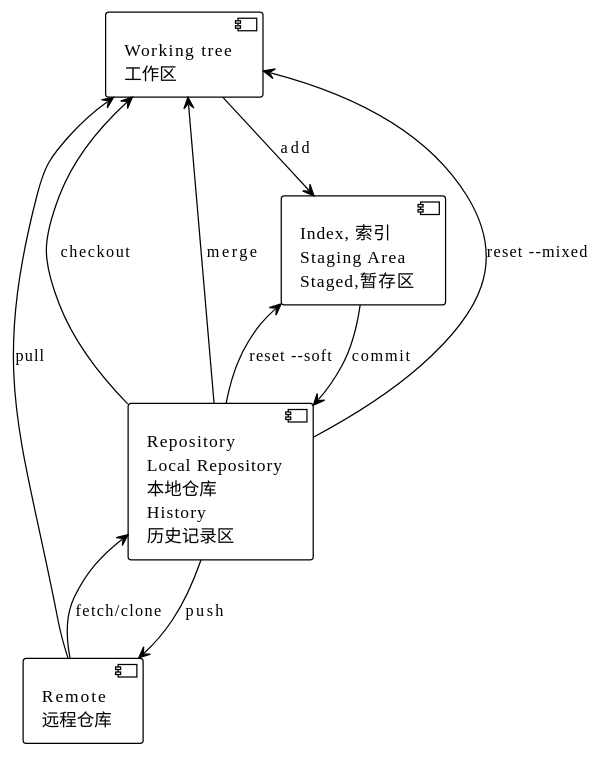
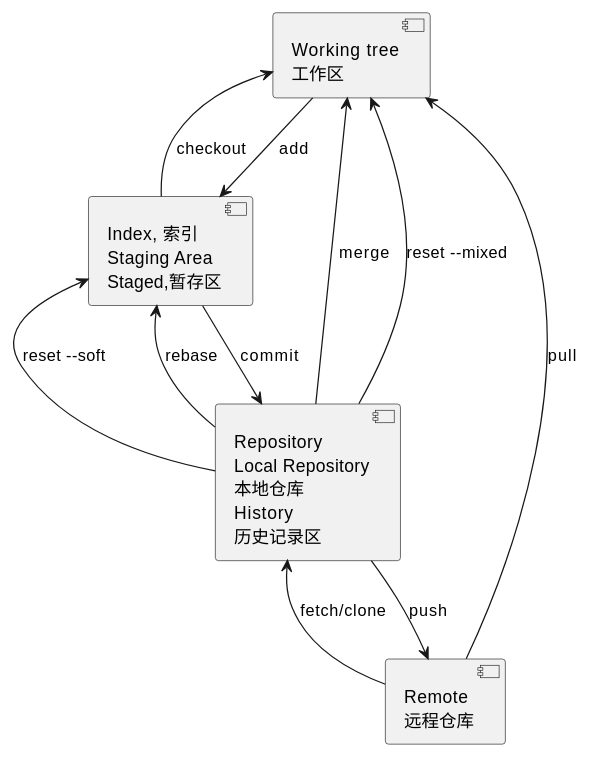
The diagram in content/post/archive-3/git.md (wiloon/blog), drawn with PlantUML before and after one commit. The commit also changed other lines of this file and 11 other files, not shown here.

````diff
--- a/content/post/archive-3/git.md
+++ b/content/post/archive-3/git.md
@@ -14,18 +14,18 @@
 ```puml
 @startuml
-!theme plain
 [Working tree\n工作区] as work
 [Index, 索引\nStaging Area\nStaged,暂存区] as stage
 work --> stage: add
 [Repository\nLocal Repository\n本地仓库\nHistory\n历史记录区] as repo
 stage --> repo: commit
 [Remote\n远程仓库] as remote
 repo --> remote: push
 work <-- remote: pull
 remote --> repo: fetch/clone
-repo --> work: checkout
+stage --> work: checkout
 repo --> work: merge
 repo --> stage: reset --soft
+repo --> stage: rebase
 repo --> work: reset --mixed
 @enduml
 ```
````
